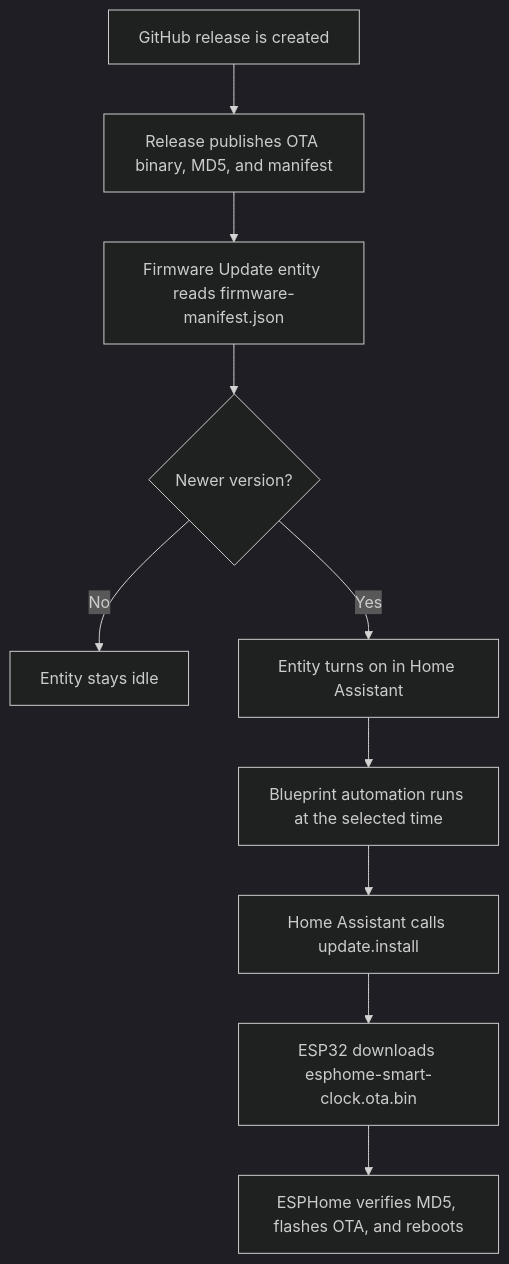
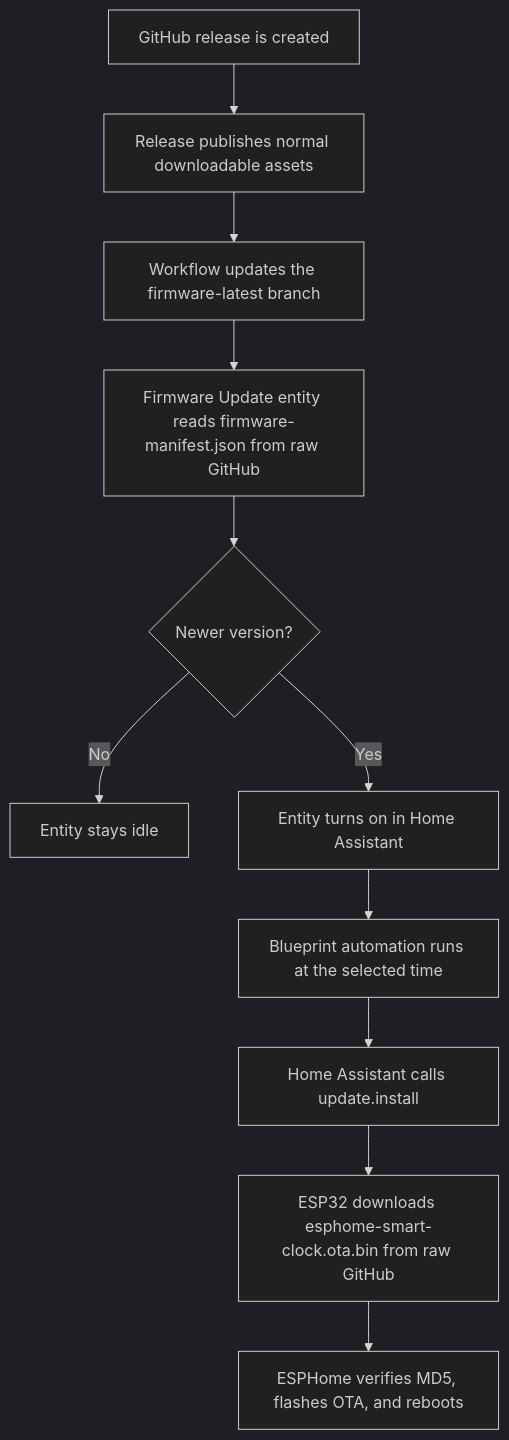
Before and after one commit to NirBY/ESP32_Smart_Clock: the diagram in docs/wiki/Install-And-Home-Assistant.md, drawn with Mermaid (dark theme). The commit also changed other lines of this file and 4 other files, not shown here.

Commit message:
Use raw firmware update channel

````diff
--- a/docs/wiki/Install-And-Home-Assistant.md
+++ b/docs/wiki/Install-And-Home-Assistant.md
@@ -220,12 +220,13 @@
 ```mermaid
 flowchart TD
-  A["GitHub release is created"] --> B["Release publishes OTA binary, MD5, and manifest"]
-  B --> C["Firmware Update entity reads firmware-manifest.json"]
-  C --> D{"Newer version?"}
-  D -->|"No"| E["Entity stays idle"]
-  D -->|"Yes"| F["Entity turns on in Home Assistant"]
-  F --> G["Blueprint automation runs at the selected time"]
-  G --> H["Home Assistant calls update.install"]
-  H --> I["ESP32 downloads esphome-smart-clock.ota.bin"]
-  I --> J["ESPHome verifies MD5, flashes OTA, and reboots"]
+  A["GitHub release is created"] --> B["Release publishes normal downloadable assets"]
+  B --> C["Workflow updates the firmware-latest branch"]
+  C --> D["Firmware Update entity reads firmware-manifest.json from raw GitHub"]
+  D --> E{"Newer version?"}
+  E -->|"No"| F["Entity stays idle"]
+  E -->|"Yes"| G["Entity turns on in Home Assistant"]
+  G --> H["Blueprint automation runs at the selected time"]
+  H --> I["Home Assistant calls update.install"]
+  I --> J["ESP32 downloads esphome-smart-clock.ota.bin from raw GitHub"]
+  J --> K["ESPHome verifies MD5, flashes OTA, and reboots"]
 ```
````
